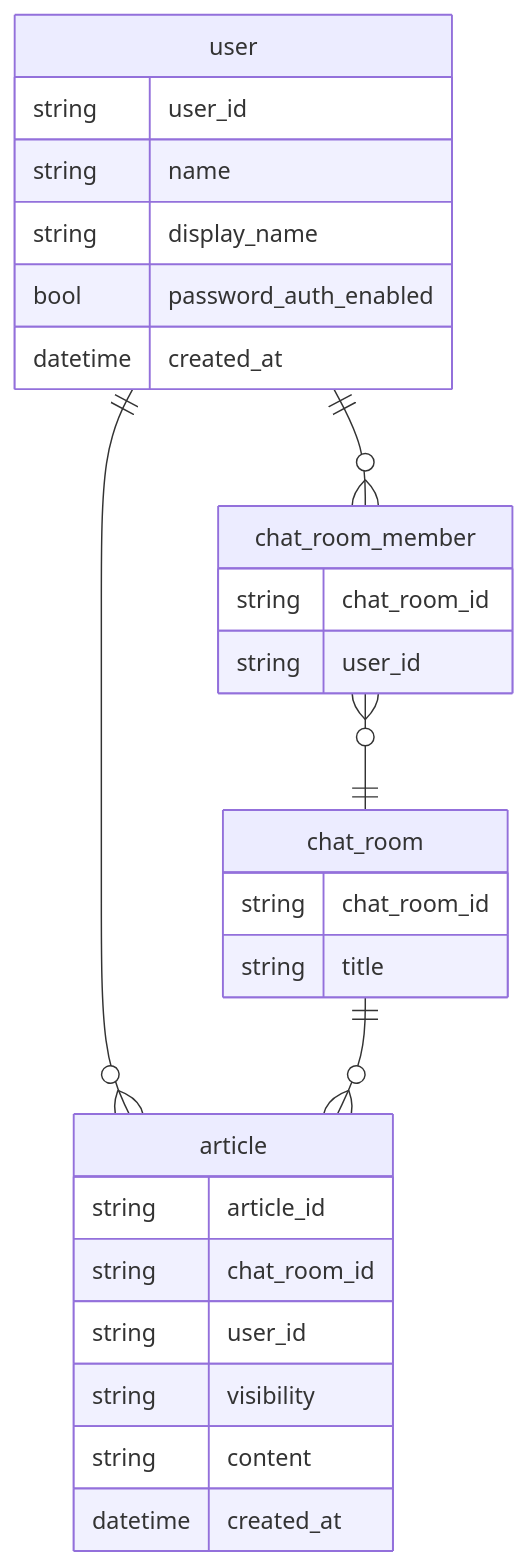
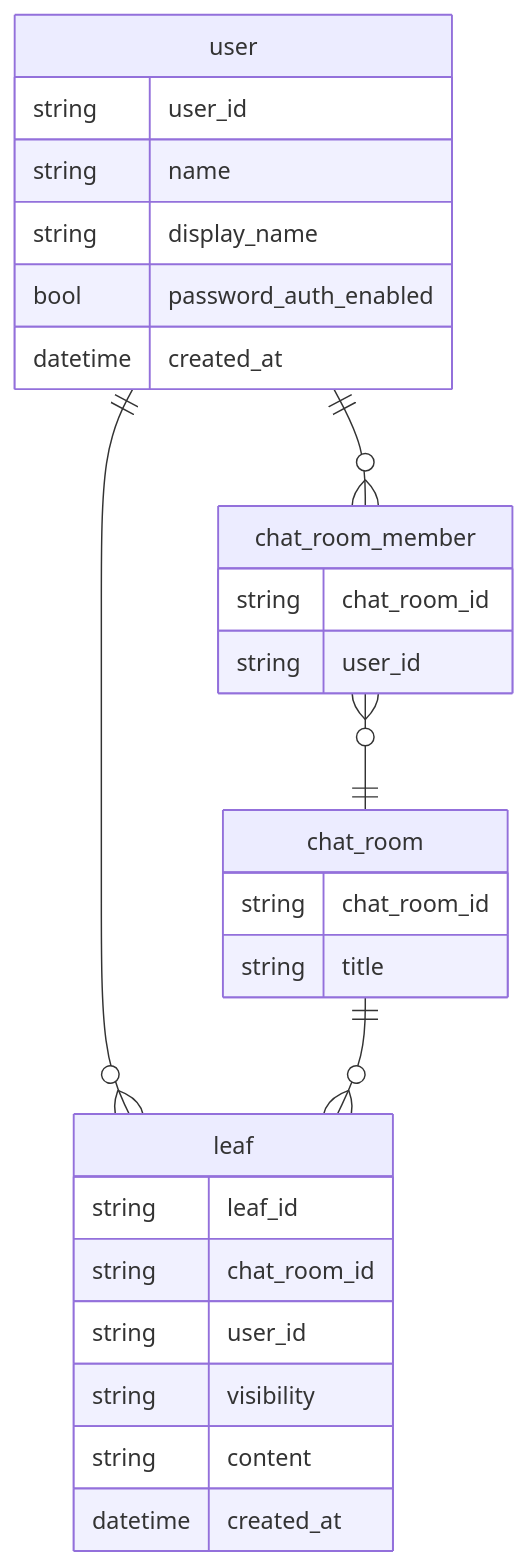
The eighth of 8 diagrams in backend/docs/db.md (frost-community/frost), drawn with Mermaid before and after one commit. The commit also changed other lines of this file and 1 other file, not shown here.

````diff
--- a/backend/docs/db.md
+++ b/backend/docs/db.md
@@ -185,36 +185,36 @@
 ```mermaid
 erDiagram
   user {
     string user_id
     string name
     string display_name
     bool password_auth_enabled
     datetime created_at
   }
 
   user ||--o{ chat_room_member : ""
 
   chat_room_member {
     string chat_room_id
     string user_id
   }
 
   chat_room_member }o--|| chat_room : ""
 
   chat_room {
     string chat_room_id
     string title
   }
 
-  user ||--o{ article : ""
-  chat_room ||--o{ article : ""
+  user ||--o{ leaf : ""
+  chat_room ||--o{ leaf : ""
 
-  article {
-    string article_id
+  leaf {
+    string leaf_id
     string chat_room_id
     string user_id
     string visibility
     string content
     datetime created_at
   }
 ```
````
